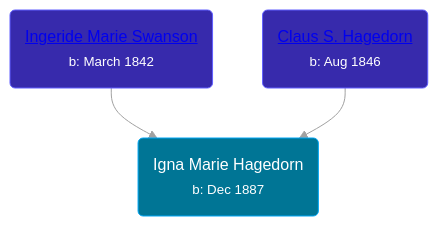
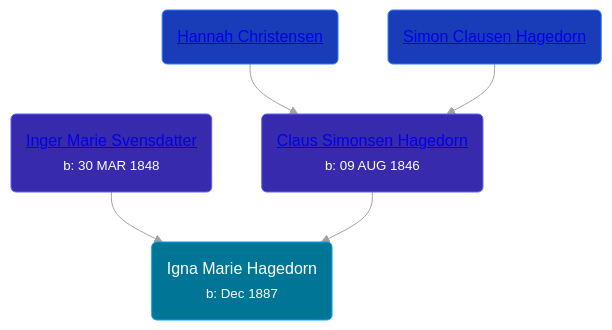
Before and after one commit to wpmgotkh/wpmgotkh.github.io: the diagram in pages/people/2/26272663.md, drawn with Mermaid. The commit also changed other lines of this file and 213 other files, not shown here.

````diff
--- a/pages/people/2/26272663.md
+++ b/pages/people/2/26272663.md
@@ -10,10 +10,12 @@
 ```mermaid
 graph
 classDef grands fill:#193cb8,stroke:#2b7fff,stroke-width:1px,color:#fff;
 classDef parents fill:#372aac,stroke:#615fff,stroke-width:1px,color:#fff;
 classDef primary fill:#007595,stroke:#00a6f4,stroke-width:1px,color:#fff;
 26272663(Igna Marie Hagedorn<br /><small>b: Dec 1887</small>):::primary
-41786466(<a class="text-white" href="/people/4/41786466">Ingeride Marie Swanson</a><br /><small>b: March 1842</small>):::parents-->26272663
-89695136(<a class="text-white" href="/people/8/89695136">Claus S. Hagedorn</a><br /><small>b: Aug 1846</small>):::parents-->26272663
+41786466(<a class="text-white" href="/people/4/41786466">Inger Marie Svensdatter</a><br /><small>b: 30 MAR 1848</small>):::parents-->26272663
+89695136(<a class="text-white" href="/people/8/89695136">Claus Simonsen Hagedorn</a><br /><small>b: 09 AUG 1846</small>):::parents-->26272663
+1113854(<a class="text-white" href="/people/1/1113854">Hannah Christensen</a>):::grands-->89695136
+50450582(<a class="text-white" href="/people/5/50450582">Simon Clausen Hagedorn</a>):::grands-->89695136
 linkStyle default stroke:#a1a1a1
 ```
````
